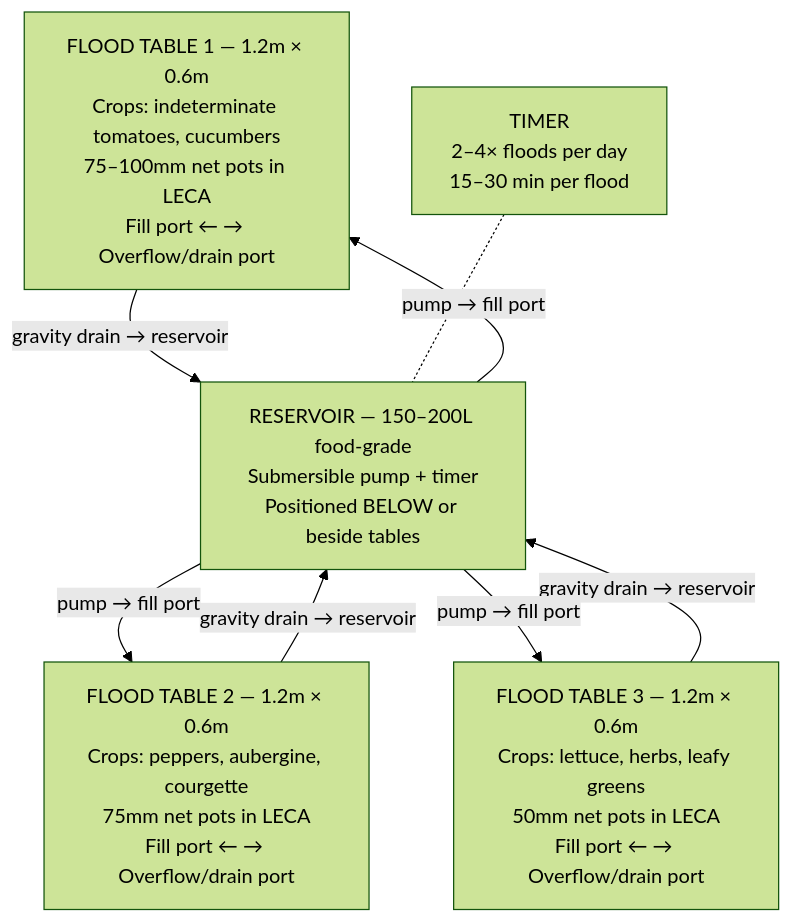
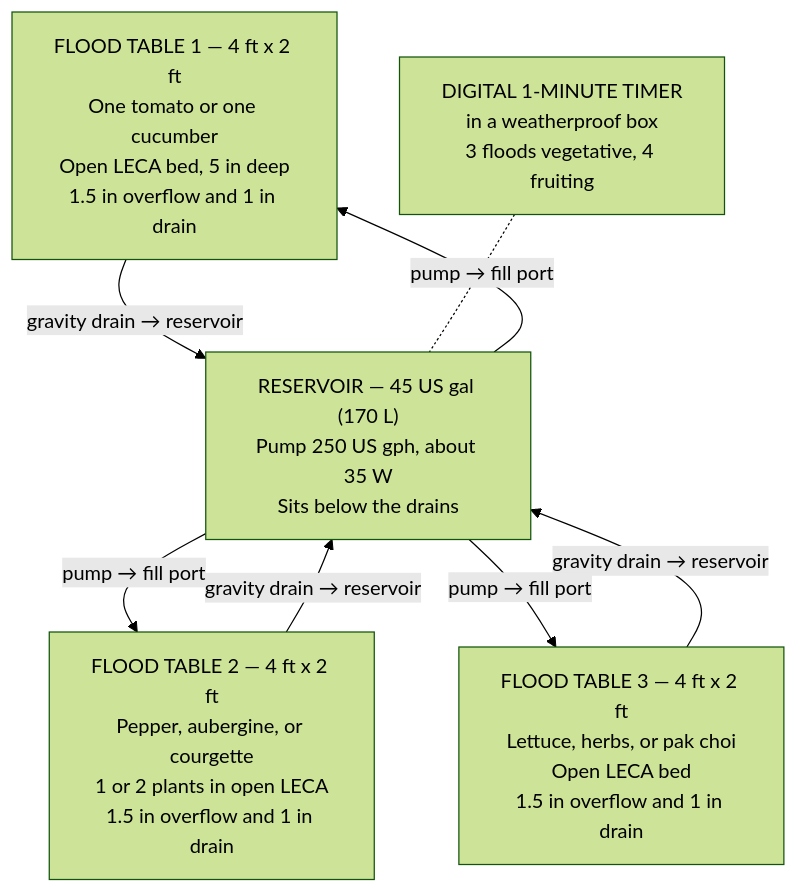
One commit to UncleJS/guide_hydroponics changed the first of 8 diagrams in guide/ebb-and-flow/11-build-guide.md. Above: the diagram before and after it, drawn with Mermaid (forest theme). The commit also changed other lines of this file and 35 other files, not shown here.

````diff
--- a/guide/ebb-and-flow/11-build-guide.md
+++ b/guide/ebb-and-flow/11-build-guide.md
@@ -79,15 +79,15 @@
 ```mermaid
 flowchart TB
-    T1["FLOOD TABLE 1 — 1.2m × 0.6m<br/>Crops: indeterminate tomatoes, cucumbers<br/>75–100mm net pots in LECA<br/>Fill port ← → Overflow/drain port"]
-    T2["FLOOD TABLE 2 — 1.2m × 0.6m<br/>Crops: peppers, aubergine, courgette<br/>75mm net pots in LECA<br/>Fill port ← → Overflow/drain port"]
-    T3["FLOOD TABLE 3 — 1.2m × 0.6m<br/>Crops: lettuce, herbs, leafy greens<br/>50mm net pots in LECA<br/>Fill port ← → Overflow/drain port"]
-    RES["RESERVOIR — 150–200L food-grade<br/>Submersible pump + timer<br/>Positioned BELOW or beside tables"]
-    TIMER["TIMER<br/>2–4× floods per day<br/>15–30 min per flood"]
+    T1["FLOOD TABLE 1 — 4 ft x 2 ft<br/>One tomato or one cucumber<br/>Open LECA bed, 5 in deep<br/>1.5 in overflow and 1 in drain"]
+    T2["FLOOD TABLE 2 — 4 ft x 2 ft<br/>Pepper, aubergine, or courgette<br/>1 or 2 plants in open LECA<br/>1.5 in overflow and 1 in drain"]
+    T3["FLOOD TABLE 3 — 4 ft x 2 ft<br/>Lettuce, herbs, or pak choi<br/>Open LECA bed<br/>1.5 in overflow and 1 in drain"]
+    RES["RESERVOIR — 45 US gal (170 L)<br/>Pump 250 US gph, about 35 W<br/>Sits below the drains"]
+    TIMER["DIGITAL 1-MINUTE TIMER<br/>in a weatherproof box<br/>3 floods vegetative, 4 fruiting"]
     T1 -->|"gravity drain → reservoir"| RES
     T2 -->|"gravity drain → reservoir"| RES
     T3 -->|"gravity drain → reservoir"| RES
     RES -->|"pump → fill port"| T1
     RES -->|"pump → fill port"| T2
     RES -->|"pump → fill port"| T3
     TIMER -.- RES
 ```
````
